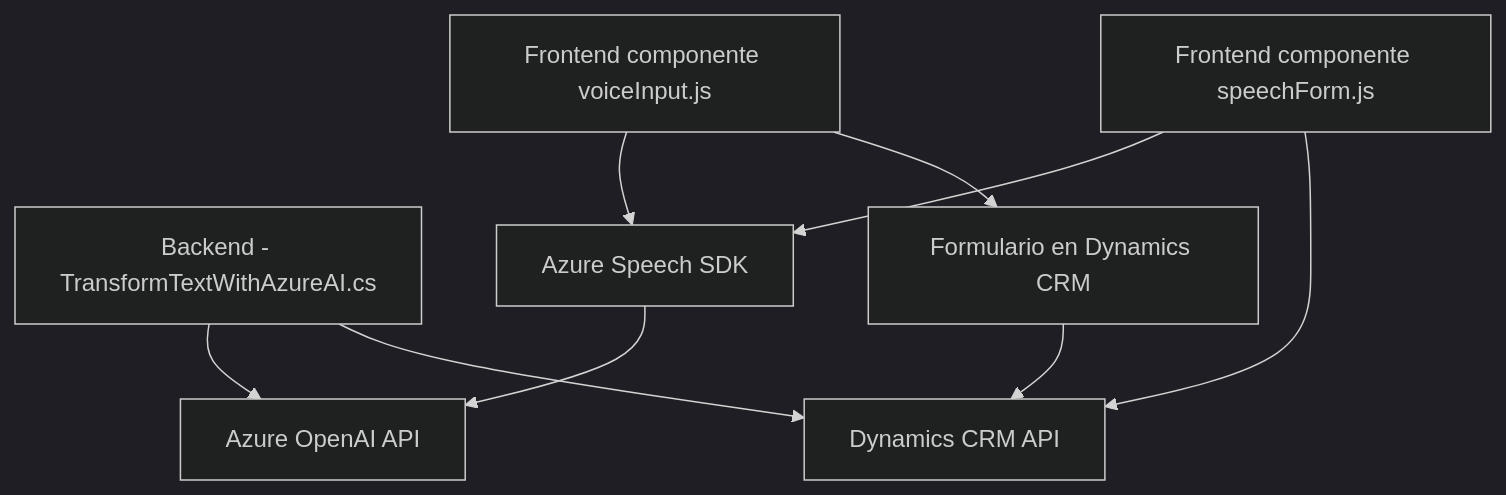
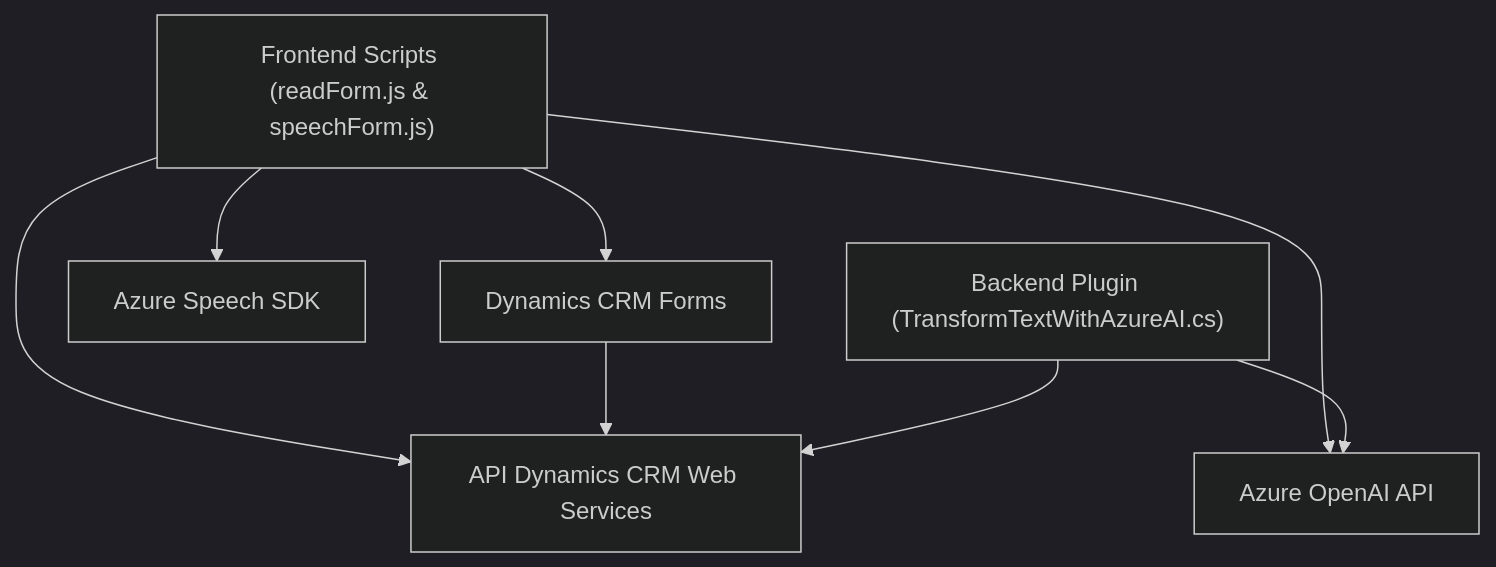
Before and after one commit to blopezdm/NETCORE_BILBAO2025: the diagram in README.md, drawn with Mermaid (dark theme). The commit also changed other lines of this file, not shown here.

````diff
--- a/README.md
+++ b/README.md
@@ -31,19 +34,17 @@
 ```mermaid
 graph TD
-  A["Frontend componente voiceInput.js"]
-  B["Frontend componente speechForm.js"]
-  C["Backend - TransformTextWithAzureAI.cs"]
-  D["Azure Speech SDK"]
-  E["Azure OpenAI API"]
-  F["Dynamics CRM API"]
-  G["Formulario en Dynamics CRM"]
+    A["Frontend Scripts (readForm.js & speechForm.js)"]
+    B["Dynamics CRM Forms"]
+    C["Azure Speech SDK"]
+    D["Azure OpenAI API"]
+    E["Backend Plugin (TransformTextWithAzureAI.cs)"]
+    F["API Dynamics CRM Web Services"]
 
-  A --> D
-  A --> G
-  B --> D
-  B --> F
-  C --> E
-  C --> F
-  D --> E
-  G --> F
+    A --> B
+    A --> C
+    A --> F
+    A --> D
+    B --> F
+    E --> D
+    E --> F
 ```
````
